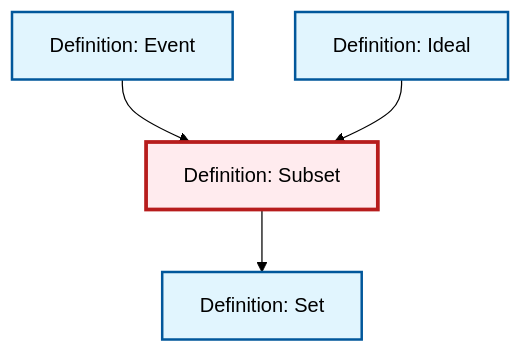
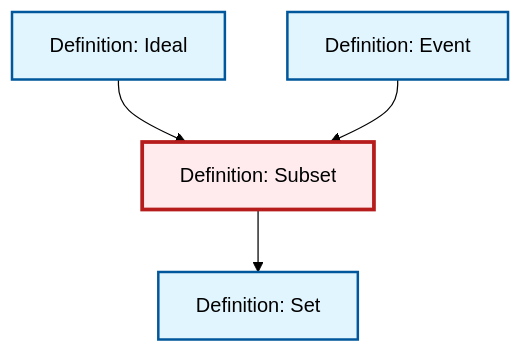
One commit to RK0429/ModernMath changed the diagram in output/mermaid/def-subset.mermaid. Above: the diagram before and after it, drawn with Mermaid (forest theme). The commit also changed other lines of this file and 615 other files, not shown here.

```diff
--- a/output/mermaid/def-subset.mermaid
+++ b/output/mermaid/def-subset.mermaid
@@ -1,15 +1,15 @@
 %%| fig-cap: "Local dependency graph"
 graph TD
     classDef definition fill:#e1f5fe,stroke:#01579b,stroke-width:2px
     classDef theorem fill:#f3e5f5,stroke:#4a148c,stroke-width:2px
     classDef axiom fill:#fff3e0,stroke:#e65100,stroke-width:2px
     classDef example fill:#e8f5e9,stroke:#1b5e20,stroke-width:2px
     classDef current fill:#ffebee,stroke:#b71c1c,stroke-width:3px
-    def-ideal["Definition: Ideal"]:::definition
     def-subset["Definition: Subset"]:::definition
     def-set["Definition: Set"]:::definition
+    def-ideal["Definition: Ideal"]:::definition
     def-event["Definition: Event"]:::definition
     def-subset --> def-set
+    def-ideal --> def-subset
     def-event --> def-subset
-    def-ideal --> def-subset
     class def-subset current
```
